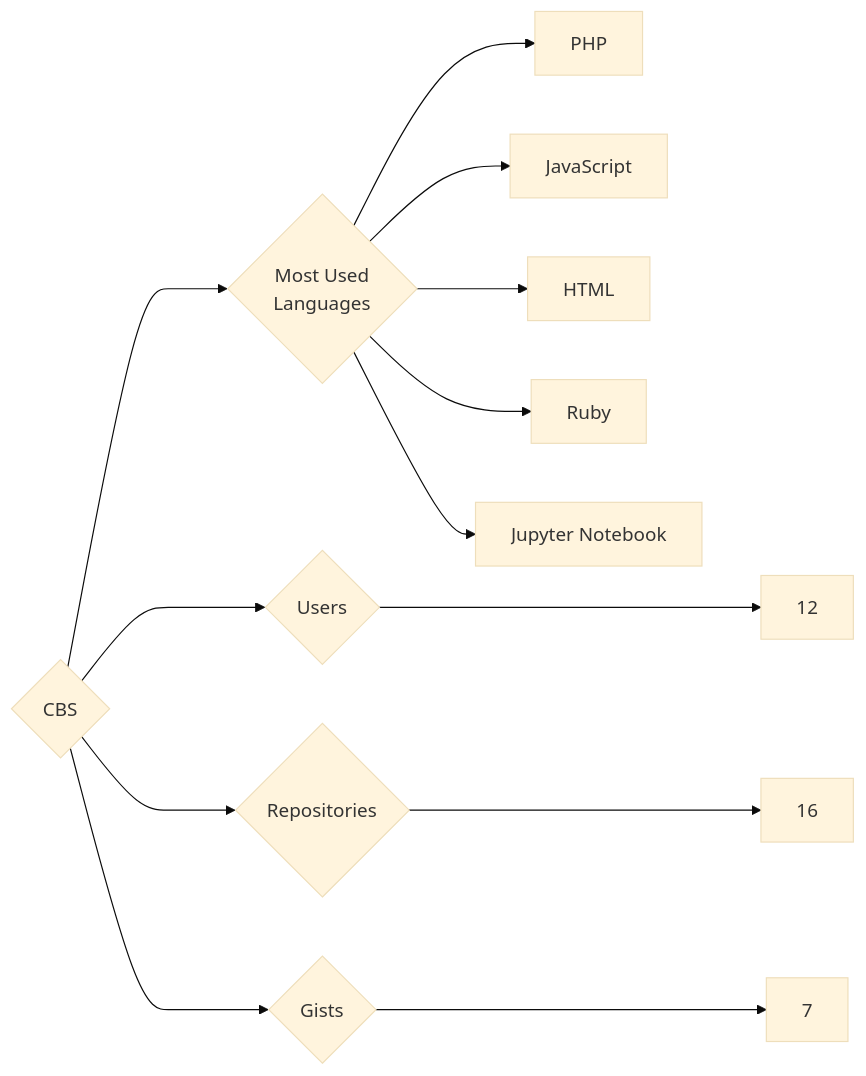
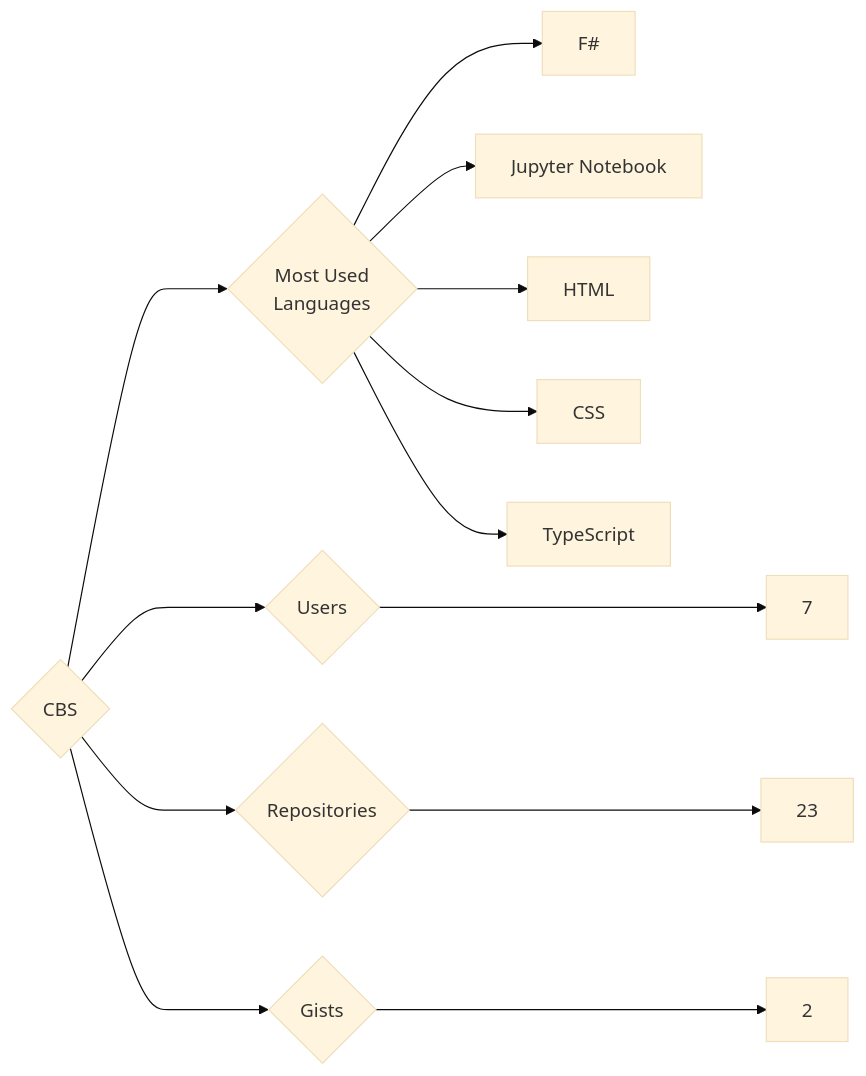
One commit to trickest/insiders changed the diagram in targets/CBS/README.md. Above: the diagram before and after it, drawn with Mermaid (base theme). The commit also changed 773 other files, not shown here.

````diff
--- a/targets/CBS/README.md
+++ b/targets/CBS/README.md
@@ -3,13 +3,13 @@
 ```mermaid
 graph LR
 COMPANY_NAME{CBS}
-COMPANY_NAME ---> U{Users} ---> UN[12]
-COMPANY_NAME ---> R{Repositories} ---> RN[16]
-COMPANY_NAME ---> G{Gists} ---> GN[7]
+COMPANY_NAME ---> U{Users} ---> UN[7]
+COMPANY_NAME ---> R{Repositories} ---> RN[23]
+COMPANY_NAME ---> G{Gists} ---> GN[2]
 COMPANY_NAME ---> ML{Most Used<br>Languages}
-ML --> PHP[PHP]
-ML --> JavaScript[JavaScript]
+ML --> F#[F#]
+ML --> Jupyter_Notebook[Jupyter Notebook]
 ML --> HTML[HTML]
-ML --> Ruby[Ruby]
-ML --> Jupyter_Notebook[Jupyter Notebook]
+ML --> CSS[CSS]
+ML --> TypeScript[TypeScript]
 ```
````
